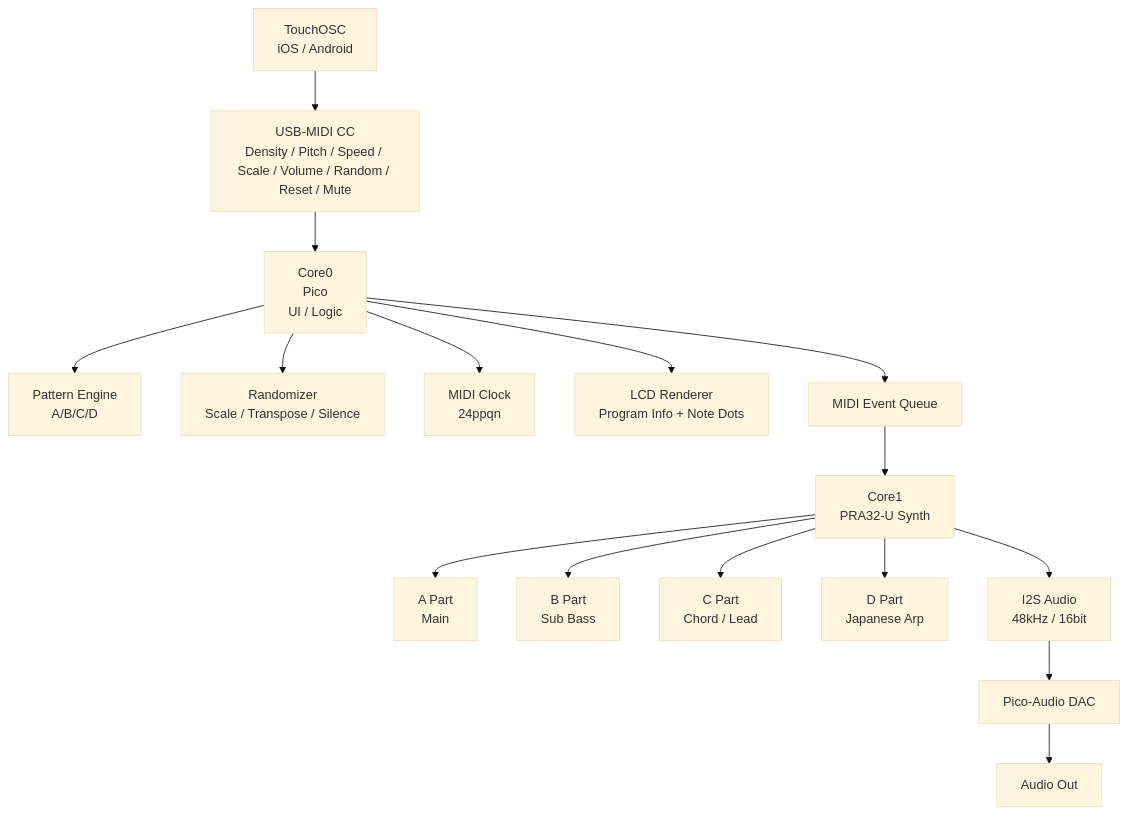
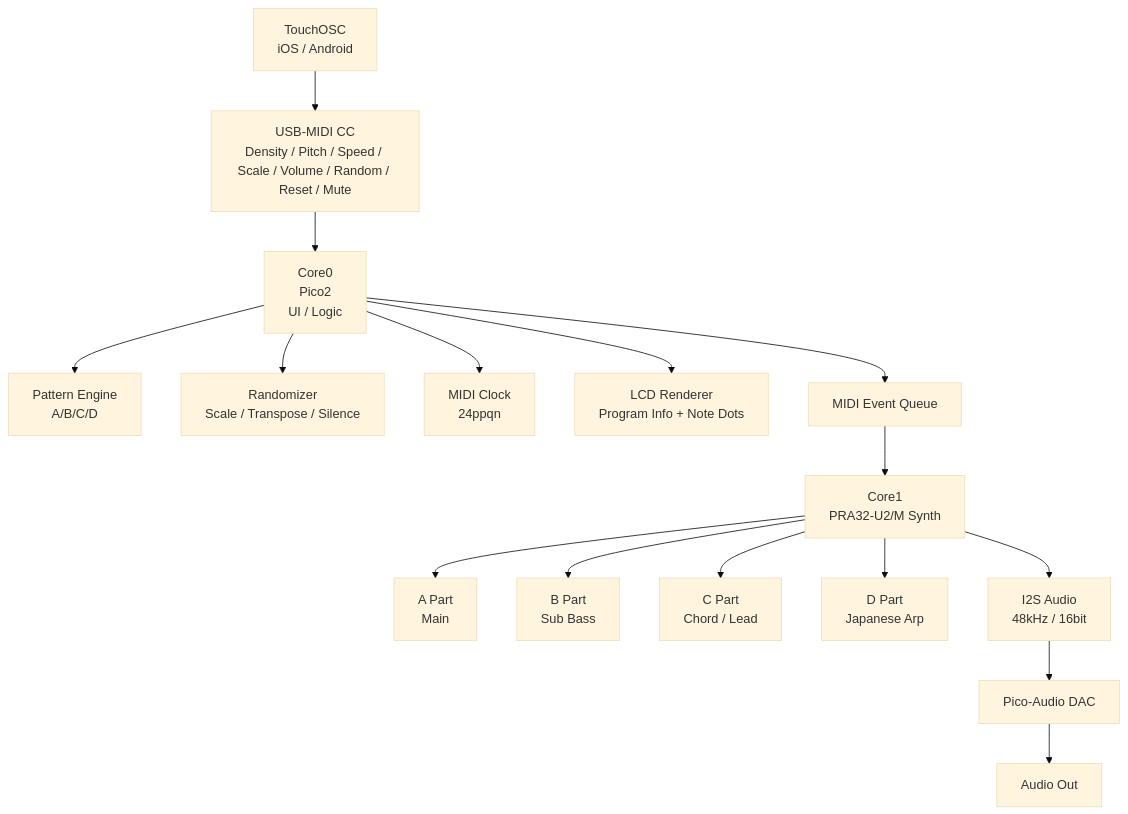
One commit to plantssystem/KOSMOS2 changed the first of 2 diagrams in README.md. Above: the diagram before and after it, drawn with Mermaid (base theme). The commit also changed other lines of this file, not shown here.

````diff
--- a/README.md
+++ b/README.md
@@ -78,39 +78,39 @@
 ```mermaid
 flowchart TD
 
     %% ============================
     %% 外部コントローラー
     %% ============================
     TO[TouchOSC<br/>iOS / Android] --> CC[USB-MIDI CC<br/>Density / Pitch / Speed / Scale / Volume / Random / Reset / Mute]
 
     %% ============================
     %% Core0（UI + ロジック）
     %% ============================
-    CC --> C0[Core0<br/>Pico<br/>UI / Logic]
+    CC --> C0[Core0<br/>Pico2<br/>UI / Logic]
 
     C0 --> PAT[Pattern Engine<br/>A/B/C/D]
     C0 --> RAND[Randomizer<br/>Scale / Transpose / Silence]
     C0 --> CLOCK[MIDI Clock<br/>24ppqn]
     C0 --> LCD[LCD Renderer<br/>Program Info + Note Dots]
 
     %% Core0 → Core1
     C0 --> Q[MIDI Event Queue]
 
     %% ============================
-    %% Core1（PRA32-U シンセ）
+    %% Core1（PRA32-U2/M シンセ）
     %% ============================
-    Q --> C1[Core1<br/>PRA32-U Synth]
+    Q --> C1[Core1<br/>PRA32-U2/M Synth]
 
     C1 --> A[A Part<br/>Main]
     C1 --> B[B Part<br/>Sub Bass]
     C1 --> C[C Part<br/>Chord / Lead]
     C1 --> D[D Part<br/>Japanese Arp]
 
     %% ============================
     %% オーディオ出力
     %% ============================
     C1 --> I2S[I2S Audio<br/>48kHz / 16bit]
     I2S --> DAC[Pico-Audio DAC]
     DAC --> OUT[Audio Out]
 
 ```
````
